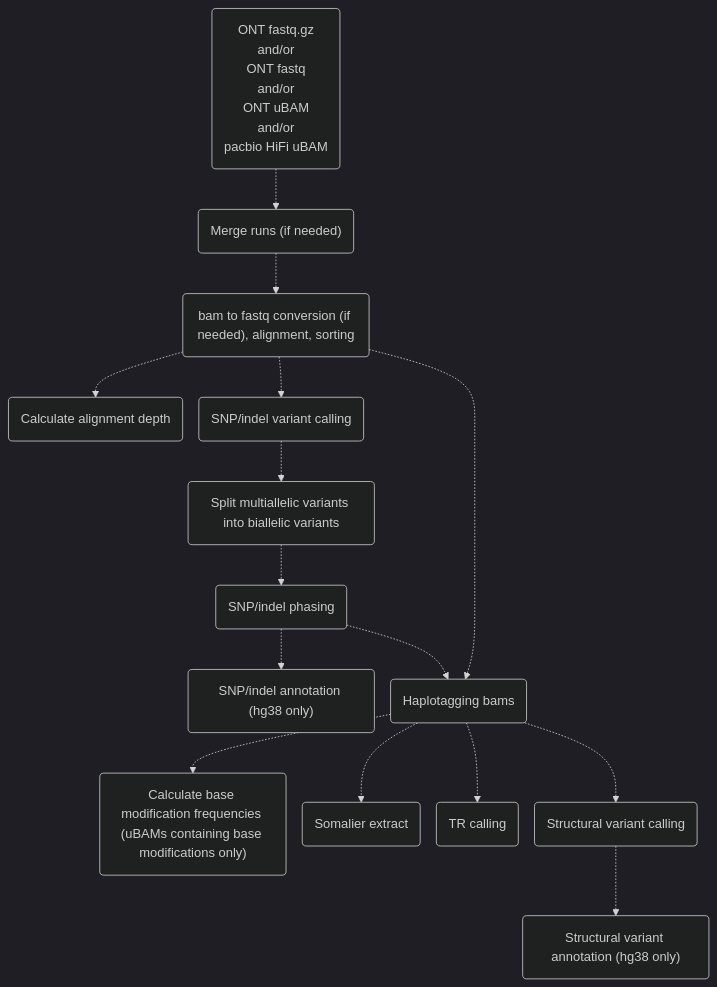
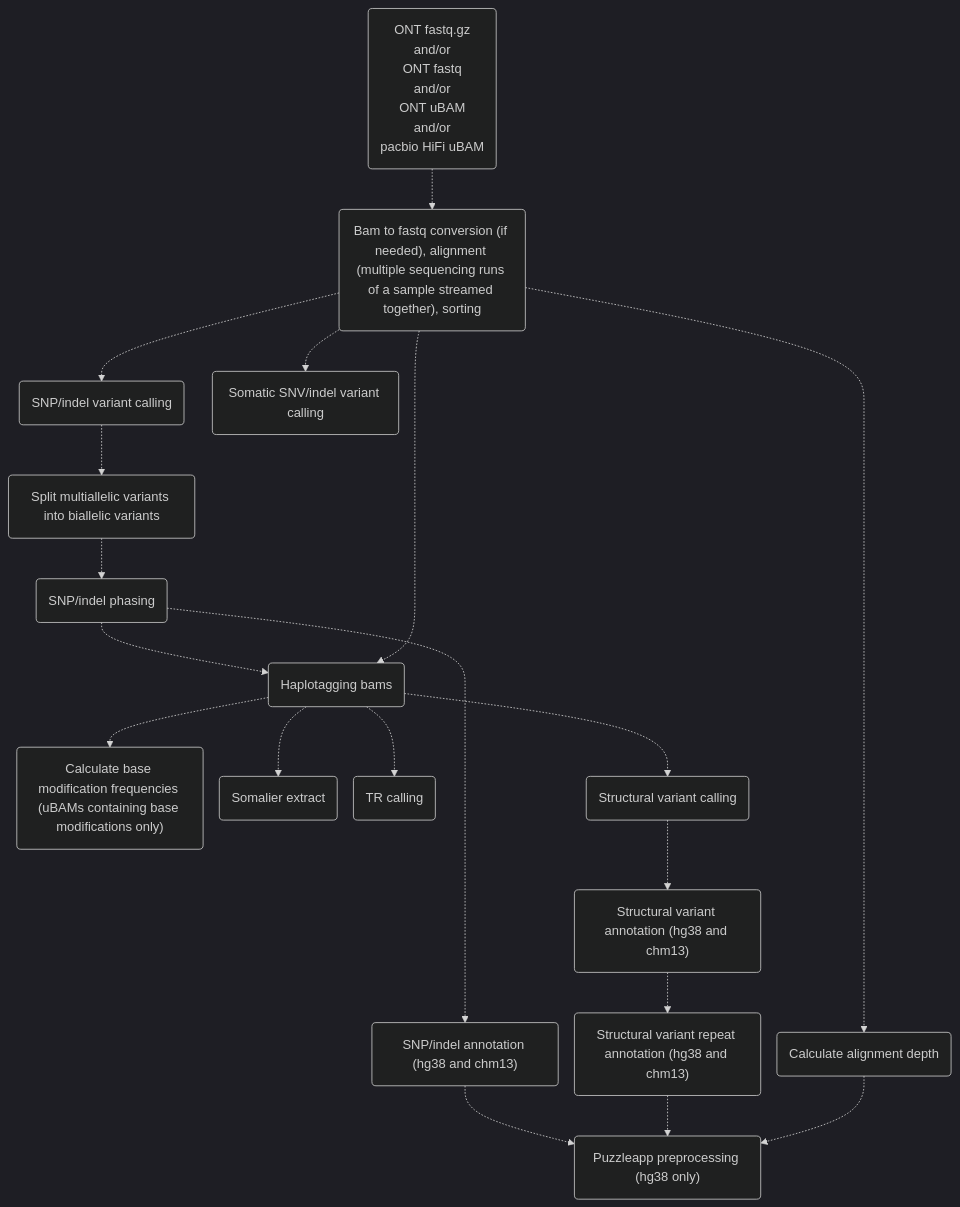
The first of 3 diagrams in docs/pipeface/info.md (leahkemp/pipeface), drawn with Mermaid before and after one commit. The commit also changed other lines of this file and 22 other files, not shown here.

````diff
--- a/docs/pipeface/info.md
+++ b/docs/pipeface/info.md
@@ -7,29 +7,33 @@
 ```mermaid
 %%{init:{'theme':'dark','themeVariables':{'fontSize':'11'},'flowchart':{'nodeSpacing':20}}}%%
 flowchart TB
 
 input_data("ONT fastq.gz <br> and/or <br> ONT fastq <br> and/or <br> ONT uBAM <br> and/or <br> pacbio HiFi uBAM")
-merging("Merge runs (if needed)")
-alignment("bam to fastq conversion (if needed), alignment, sorting")
+alignment("Bam to fastq conversion (if needed), alignment (multiple sequencing runs of a sample streamed together), sorting")
 depth("Calculate alignment depth")
 snp_indel_calling("SNP/indel variant calling")
+somatic_calling("Somatic SNV/indel variant calling")
 split_multiallele("Split multiallelic variants into biallelic variants")
 snp_indel_phasing("SNP/indel phasing")
-snp_indel_annotation("SNP/indel annotation (hg38 only)")
+snp_indel_annotation("SNP/indel annotation (hg38 and chm13)")
 haplotagging("Haplotagging bams")
 calculate_base_mod_freqs("Calculate base modification frequencies (uBAMs containing base modifications only)")
 somalier("Somalier extract")
 tr_calling("TR calling")
 sv_calling("Structural variant calling")
-sv_annotation("Structural variant annotation (hg38 only)")
+sv_annotation("Structural variant annotation (hg38 and chm13)")
+sv_repeat_annotation("Structural variant repeat annotation (hg38 and chm13)")
+puzzleapp_preprocessing("Puzzleapp preprocessing (hg38 only)")
 
-input_data-.->merging-.->alignment-.->snp_indel_calling-.->split_multiallele-.->snp_indel_phasing-.->haplotagging-.->sv_calling
+input_data-.->alignment-.->snp_indel_calling-.->split_multiallele-.->snp_indel_phasing-.->haplotagging-.->sv_calling
 alignment-.->depth
+alignment-.->somatic_calling
 alignment-.->haplotagging
 haplotagging-.->calculate_base_mod_freqs
 haplotagging-.->somalier
 haplotagging-.->tr_calling
-snp_indel_phasing-.->snp_indel_annotation
-sv_calling-.->sv_annotation
+snp_indel_phasing-.->snp_indel_annotation-.->puzzleapp_preprocessing
+sv_calling-.->sv_annotation-.->sv_repeat_annotation-.->puzzleapp_preprocessing
+depth-.->puzzleapp_preprocessing
 
 ```
````
